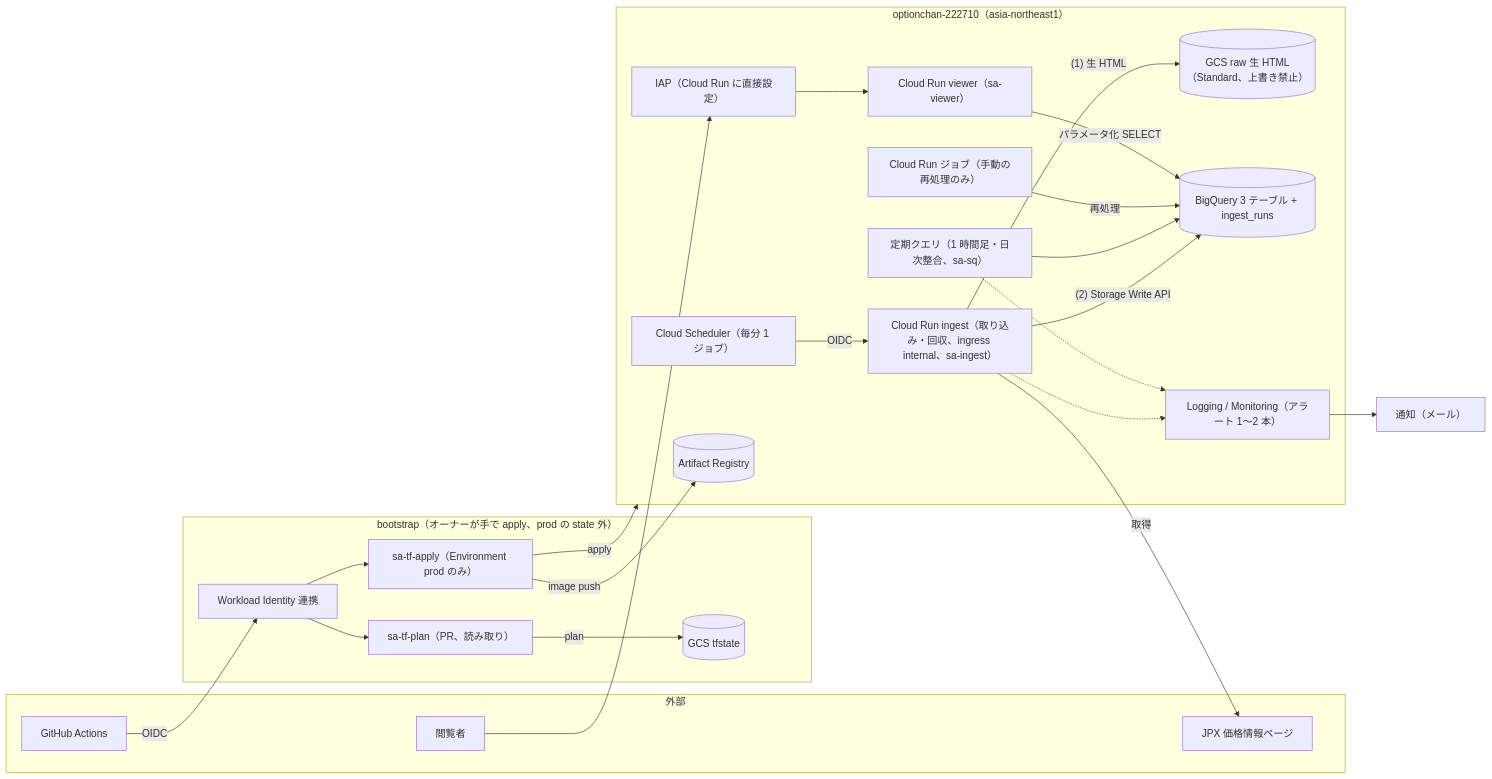
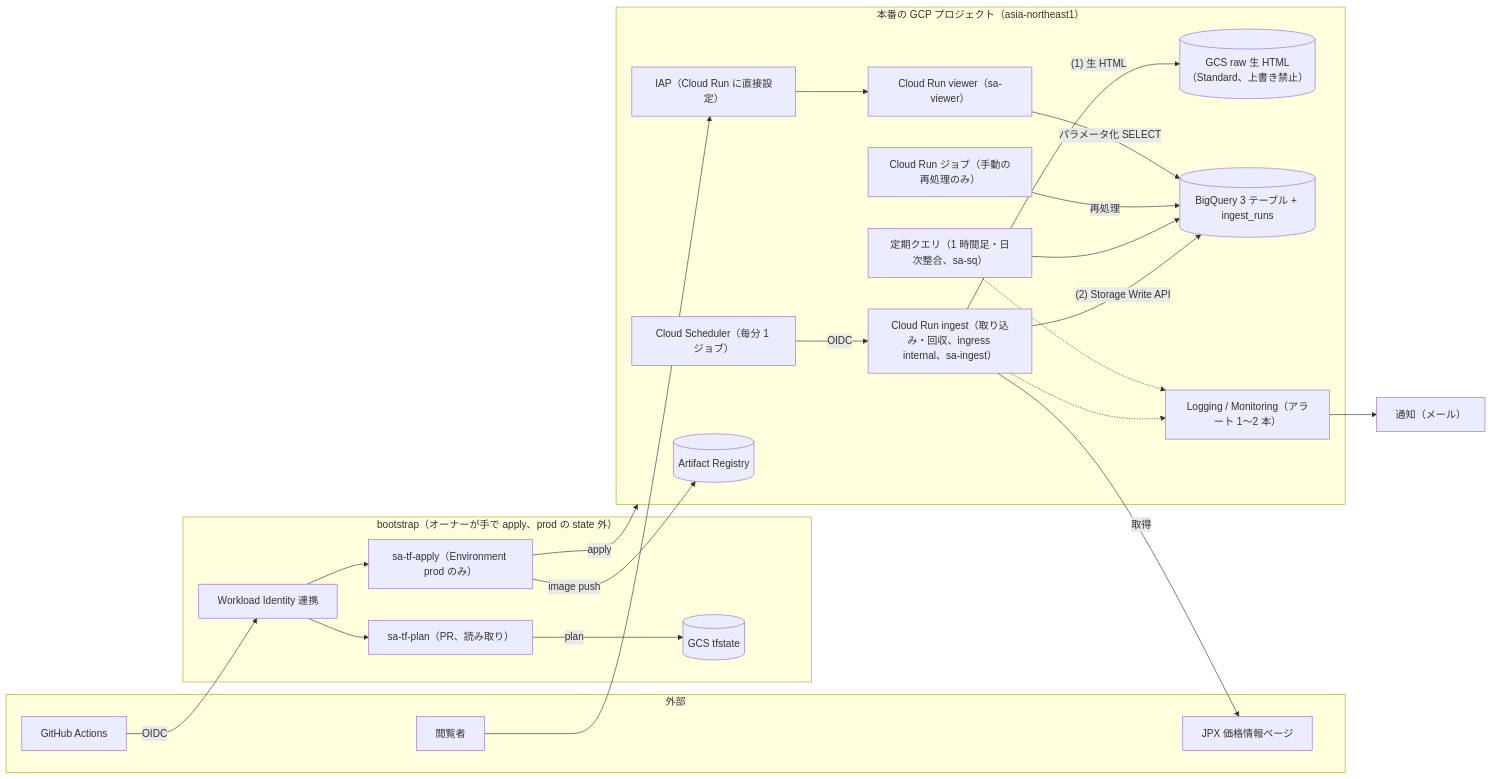
One commit to terukusu/optionchan-gcp changed the diagram in docs/architecture/target.md. Above: the diagram before and after it, drawn with Mermaid. The commit also changed other lines of this file and 26 other files, not shown here.

````diff
--- a/docs/architecture/target.md
+++ b/docs/architecture/target.md
@@ -24,49 +24,49 @@
 ```mermaid
 flowchart LR
     subgraph EXT["外部"]
         JPX["JPX 価格情報ページ"]
         USER["閲覧者"]
         GH["GitHub Actions"]
     end
 
     subgraph BOOT["bootstrap（オーナーが手で apply、prod の state 外）"]
         WIF["Workload Identity 連携"]
         TFP["sa-tf-plan（PR、読み取り）"]
         TFA["sa-tf-apply（Environment prod のみ）"]
         TFS[("GCS tfstate")]
     end
 
-    subgraph PROD["optionchan-222710（asia-northeast1）"]
+    subgraph PROD["本番の GCP プロジェクト（asia-northeast1）"]
         SCH["Cloud Scheduler（毎分 1 ジョブ）"]
         ING["Cloud Run ingest（取り込み・回収、ingress internal、sa-ingest）"]
         RAW[("GCS raw 生 HTML（Standard、上書き禁止）")]
         BQ[("BigQuery 3 テーブル + ingest_runs")]
         SQ["定期クエリ（1 時間足・日次整合、sa-sq）"]
         JOB["Cloud Run ジョブ（手動の再処理のみ）"]
         IAP["IAP（Cloud Run に直接設定）"]
         VIEW["Cloud Run viewer（sa-viewer）"]
         AR[("Artifact Registry")]
         MON["Logging / Monitoring（アラート 1〜2 本）"]
     end
 
     MAIL["通知（メール）"]
 
     SCH -- "OIDC" --> ING
     ING -- "取得" --> JPX
     ING -- "(1) 生 HTML" --> RAW
     ING -- "(2) Storage Write API" --> BQ
     SQ --> BQ
     JOB -- "再処理" --> BQ
     USER --> IAP --> VIEW
     VIEW -- "パラメータ化 SELECT" --> BQ
     ING -.-> MON
     SQ -.-> MON
     MON --> MAIL
 
     GH -- "OIDC" --> WIF
     WIF --> TFP
     WIF --> TFA
     TFP -- "plan" --> TFS
     TFA -- "image push" --> AR
     TFA -- "apply" --> PROD
 ```
````
